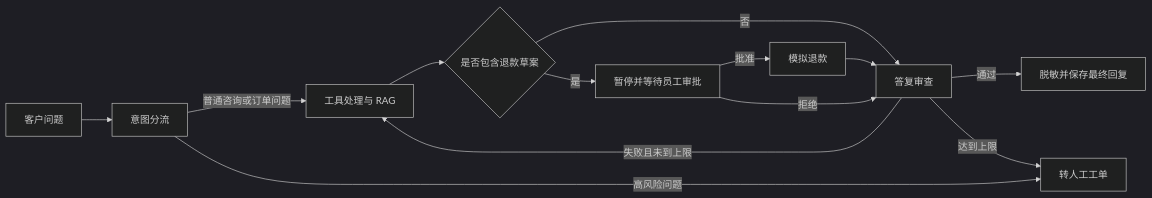
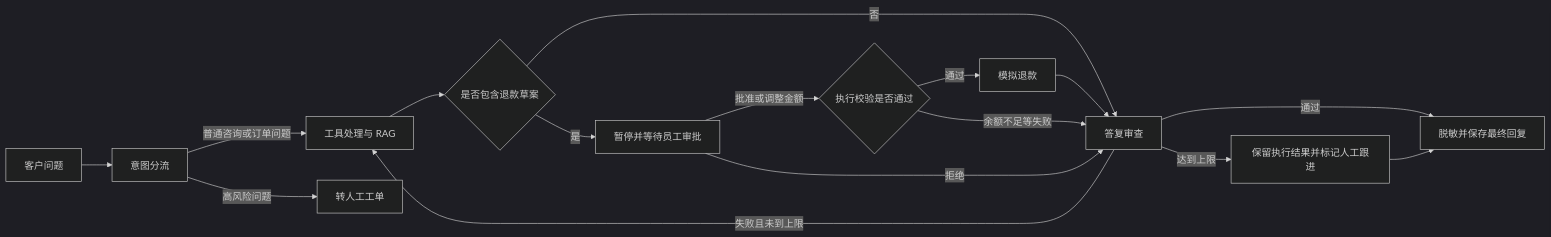
The diagram in README.md (moyun-Yuan/ecommerce-after-sales-agent), drawn with Mermaid (dark theme) before and after one commit. The commit also changed other lines of this file and 2 other files, not shown here.

````diff
--- a/README.md
+++ b/README.md
@@ -28,15 +28,18 @@
 ```mermaid
 flowchart LR
     U[客户问题] --> T[意图分流]
     T -->|普通咨询或订单问题| S[工具处理与 RAG]
     T -->|高风险问题| H[转人工工单]
     S --> A{是否包含退款草案}
     A -->|否| R[答复审查]
     A -->|是| P[暂停并等待员工审批]
-    P -->|批准| X[模拟退款]
+    P -->|批准或调整金额| V{执行校验是否通过}
+    V -->|通过| X[模拟退款]
+    V -->|余额不足等失败| R
     P -->|拒绝| R
     X --> R
     R -->|通过| O[脱敏并保存最终回复]
     R -->|失败且未到上限| S
-    R -->|达到上限| H
+    R -->|达到上限| F[保留执行结果并标记人工跟进]
+    F --> O
 ```
````
